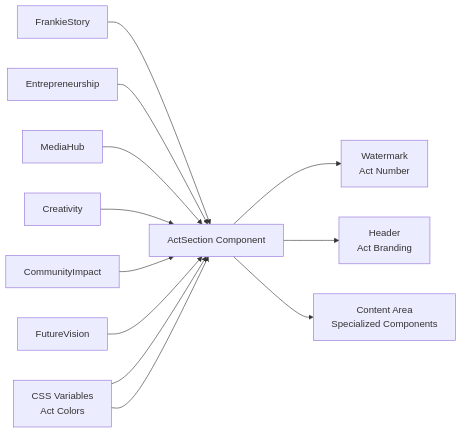
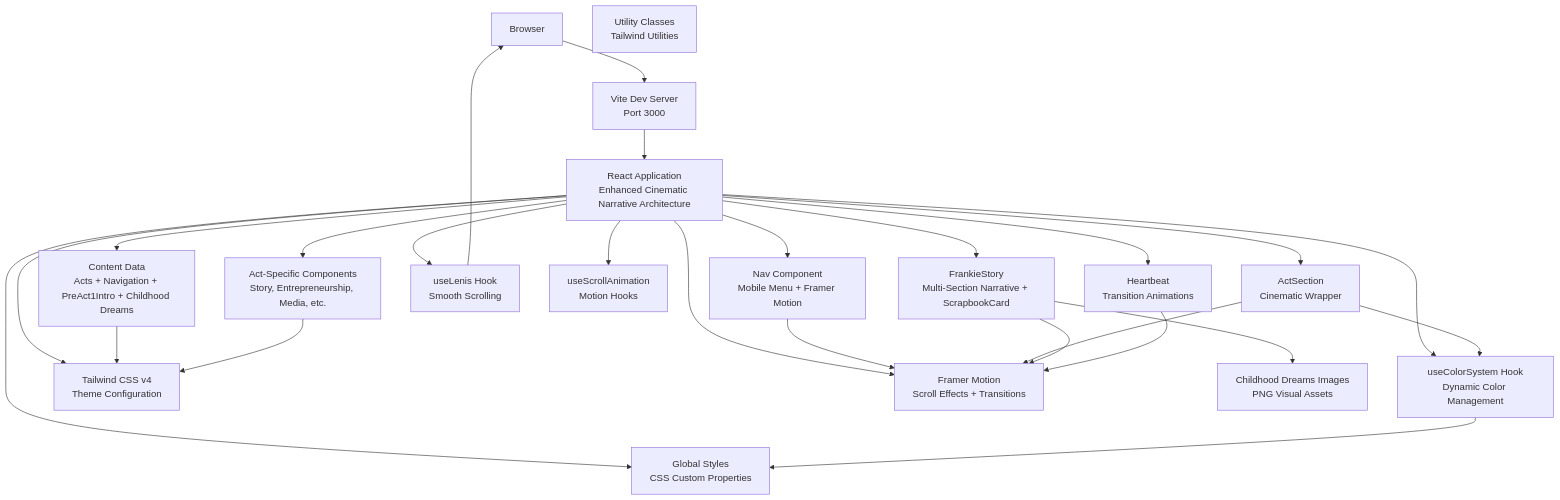
One commit to rakeshmaity271/frankie-picasso changed the fourth of 10 diagrams in .qoder/repowiki/en/content/Application Architecture.md. Above: the diagram before and after it, drawn with Mermaid. The commit also changed other lines of this file and 38 other files, not shown here.

````diff
--- a/.qoder/repowiki/en/content/Application Architecture.md
+++ b/.qoder/repowiki/en/content/Application Architecture.md
@@ -277,14 +468,44 @@
 ```mermaid
-graph LR
-ActSection["ActSection Component"] --> Watermark["Watermark<br/>Act Number"]
-ActSection --> Header["Header<br/>Act Branding"]
-ActSection --> ContentArea["Content Area<br/>Specialized Components"]
-FrankieStory["FrankieStory"] --> ActSection
-Entrepreneurship["Entrepreneurship"] --> ActSection
-MediaHub["MediaHub"] --> ActSection
-Creativity["Creativity"] --> ActSection
-CommunityImpact["CommunityImpact"] --> ActSection
-FutureVision["FutureVision"] --> ActSection
-Themes["CSS Variables<br/>Act Colors"] --> ActSection
-Themes --> ActSection
+graph TB
+Browser["Browser"]
+ViteDev["Vite Dev Server<br/>Port 3000"]
+ReactApp["React Application<br/>Enhanced Cinematic Narrative Architecture"]
+Nav["Nav Component<br/>Mobile Menu + Framer Motion"]
+ActSection["ActSection<br/>Cinematic Wrapper"]
+FrankieStory["FrankieStory<br/>Multi-Section Narrative + ScrapbookCard"]
+Heartbeat["Heartbeat<br/>Transition Animations"]
+ColorSystem["useColorSystem Hook<br/>Dynamic Color Management"]
+Lenis["useLenis Hook<br/>Smooth Scrolling"]
+ScrollAnimation["useScrollAnimation<br/>Motion Hooks"]
+Content["Content Data<br/>Acts + Navigation + PreAct1Intro + Childhood Dreams"]
+Tailwind["Tailwind CSS v4<br/>Theme Configuration"]
+Components["Act-Specific Components<br/>Story, Entrepreneurship, Media, etc."]
+Animations["Framer Motion<br/>Scroll Effects + Transitions"]
+Styles["Global Styles<br/>CSS Custom Properties"]
+Utilities["Utility Classes<br/>Tailwind Utilities"]
+Images["Childhood Dreams Images<br/>PNG Visual Assets"]
+Browser --> ViteDev
+ViteDev --> ReactApp
+ReactApp --> Nav
+ReactApp --> ActSection
+ReactApp --> FrankieStory
+ReactApp --> Heartbeat
+ReactApp --> ColorSystem
+ReactApp --> Lenis
+ReactApp --> ScrollAnimation
+ReactApp --> Content
+ReactApp --> Tailwind
+ReactApp --> Components
+ReactApp --> Animations
+ReactApp --> Styles
+Nav --> Animations
+ActSection --> Animations
+ActSection --> ColorSystem
+FrankieStory --> Images
+FrankieStory --> Animations
+Heartbeat --> Animations
+Lenis --> Browser
+ColorSystem --> Styles
+Content --> Tailwind
+Components --> Tailwind
 ```
````
